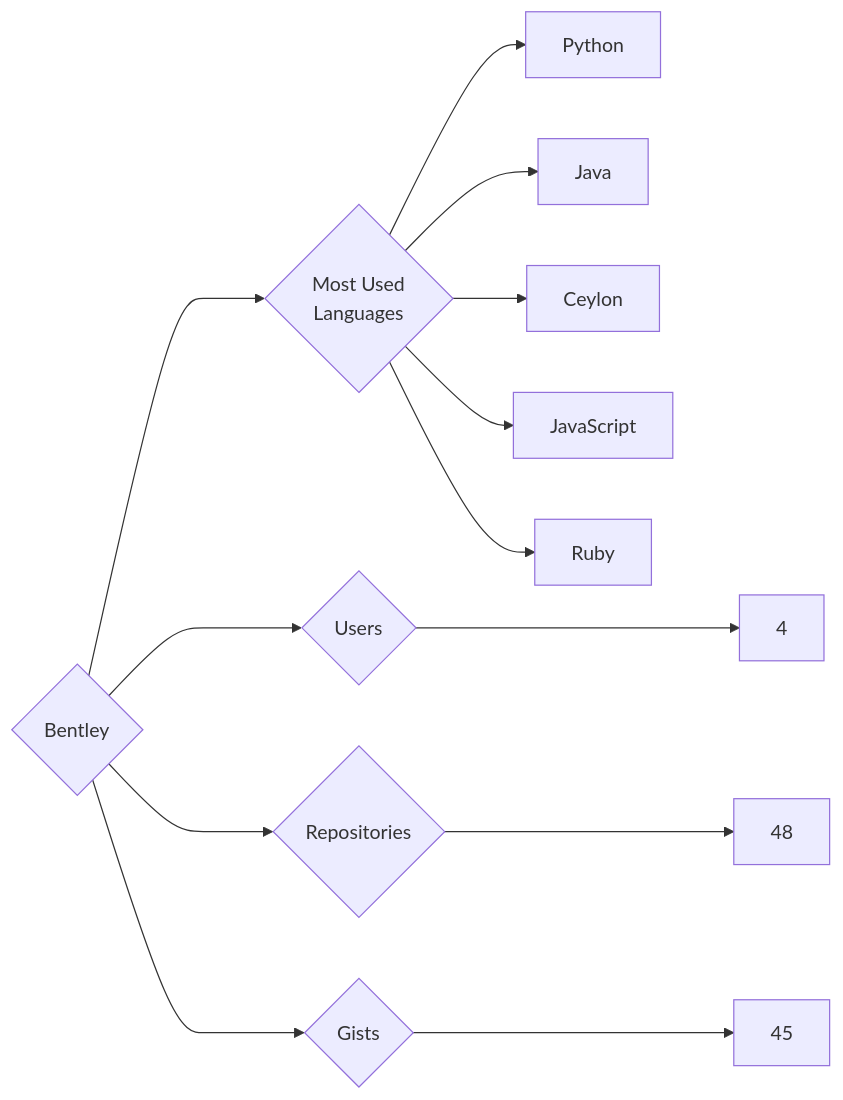
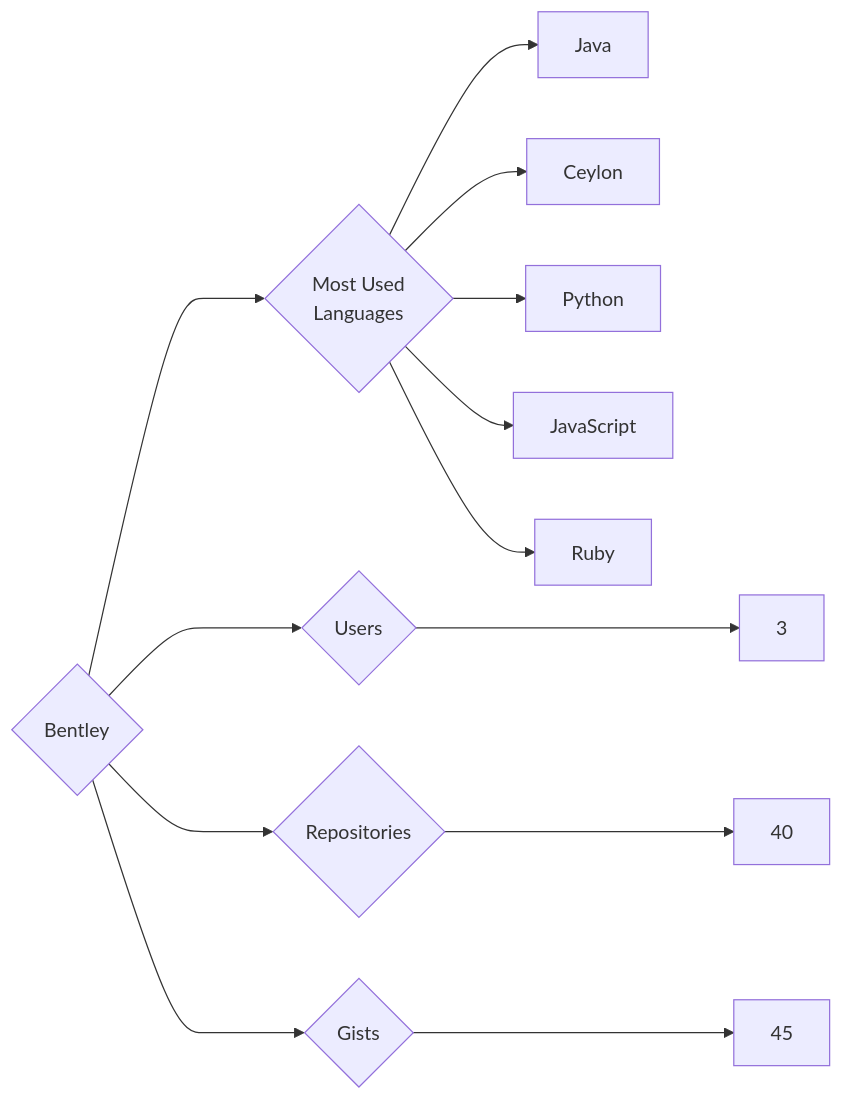
Before and after one commit to trickest/insiders: the diagram in targets/Bentley/README.md, drawn with Mermaid. The commit also changed 1023 other files, not shown here.

````diff
--- a/targets/Bentley/README.md
+++ b/targets/Bentley/README.md
@@ -3,13 +3,13 @@
 ```mermaid
 graph LR
 COMPANY_NAME{Bentley}
-COMPANY_NAME ---> U{Users} ---> UN[4]
-COMPANY_NAME ---> R{Repositories} ---> RN[48]
+COMPANY_NAME ---> U{Users} ---> UN[3]
+COMPANY_NAME ---> R{Repositories} ---> RN[40]
 COMPANY_NAME ---> G{Gists} ---> GN[45]
 COMPANY_NAME ---> ML{Most Used<br>Languages}
-ML --> Python[Python]
 ML --> Java[Java]
 ML --> Ceylon[Ceylon]
+ML --> Python[Python]
 ML --> JavaScript[JavaScript]
 ML --> Ruby[Ruby]
 ```
````
